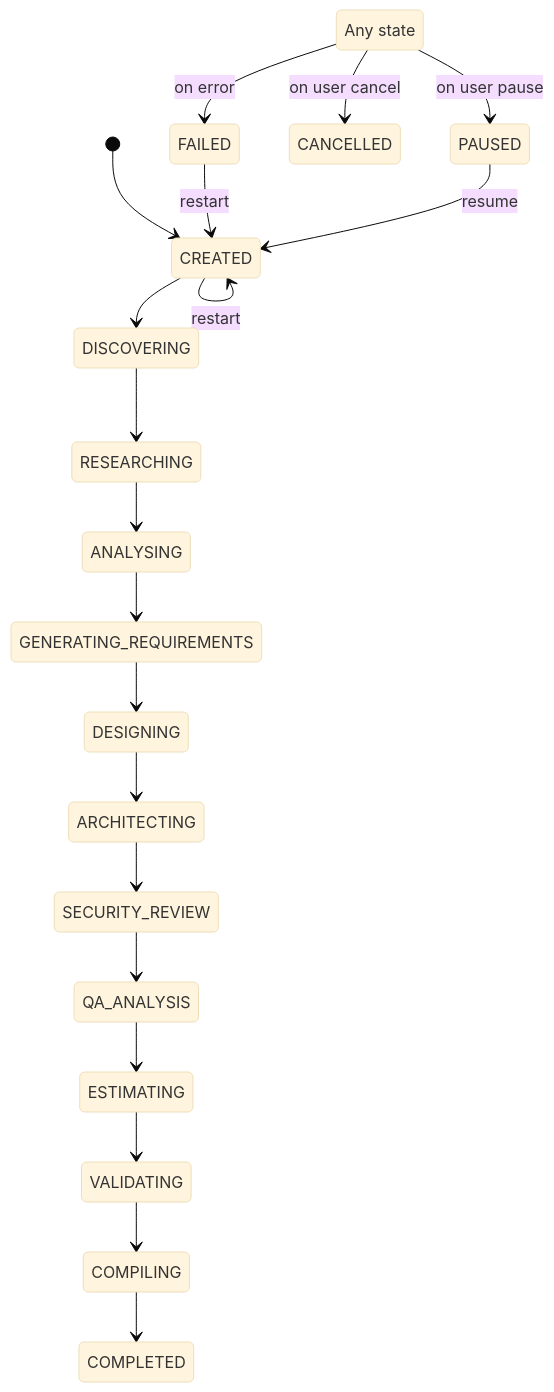
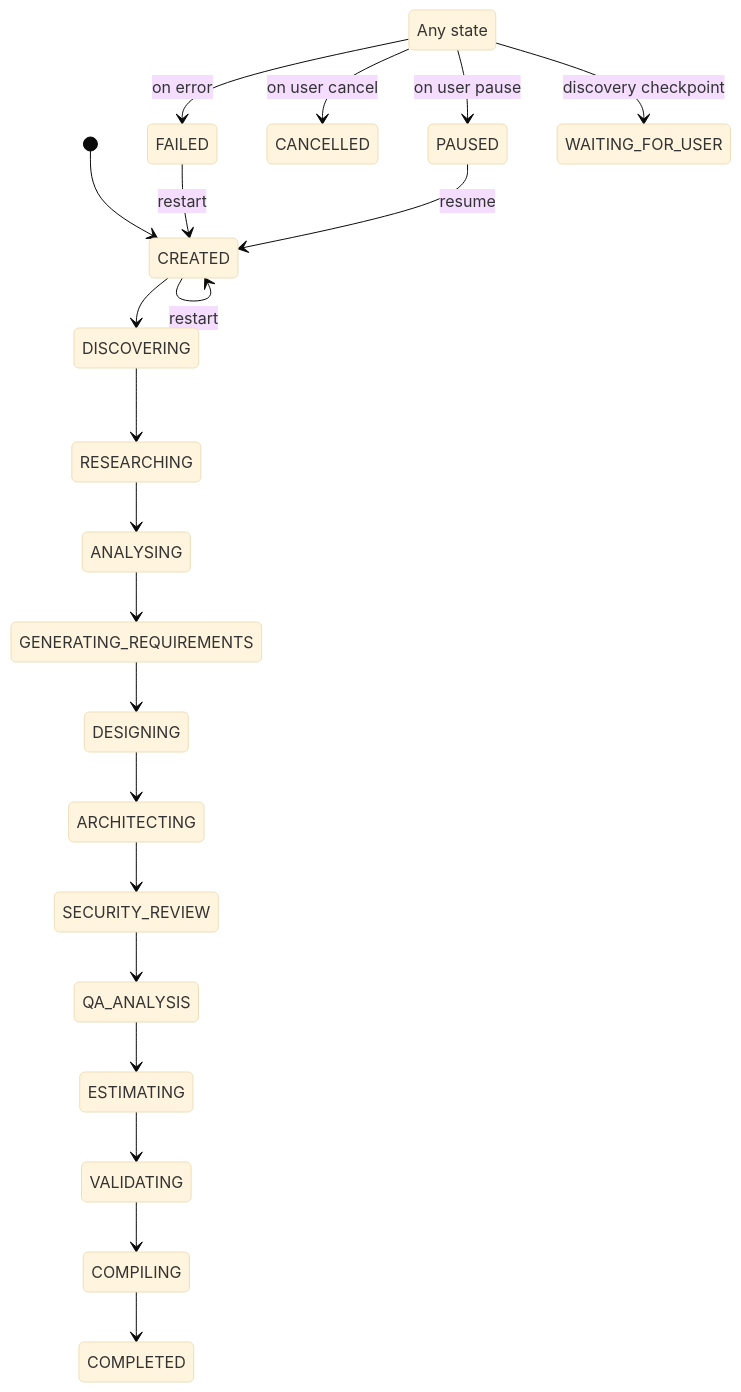
One commit to JayVachhaniAgile/AI-Requirement-Agent changed the second of 2 diagrams in handoff_doc/WORKFLOW_RULES.md. Above: the diagram before and after it, drawn with Mermaid (base theme). The commit also changed other lines of this file and 635 other files, not shown here.

````diff
--- a/handoff_doc/WORKFLOW_RULES.md
+++ b/handoff_doc/WORKFLOW_RULES.md
@@ -43,25 +43,26 @@
 ```mermaid
 stateDiagram-v2
     [*] --> CREATED
     CREATED --> DISCOVERING
     DISCOVERING --> RESEARCHING
     RESEARCHING --> ANALYSING
     ANALYSING --> GENERATING_REQUIREMENTS
     GENERATING_REQUIREMENTS --> DESIGNING
     DESIGNING --> ARCHITECTING
     ARCHITECTING --> SECURITY_REVIEW
     SECURITY_REVIEW --> QA_ANALYSIS
     QA_ANALYSIS --> ESTIMATING
     ESTIMATING --> VALIDATING
     VALIDATING --> COMPILING
     COMPILING --> COMPLETED
-    
+
     state "Any state" as ANY
     ANY --> FAILED: on error
     ANY --> CANCELLED: on user cancel
     ANY --> PAUSED: on user pause
-    
+    ANY --> WAITING_FOR_USER: discovery checkpoint
+
     CREATED --> CREATED: restart
     FAILED --> CREATED: restart
     PAUSED --> CREATED: resume
 ```
````
